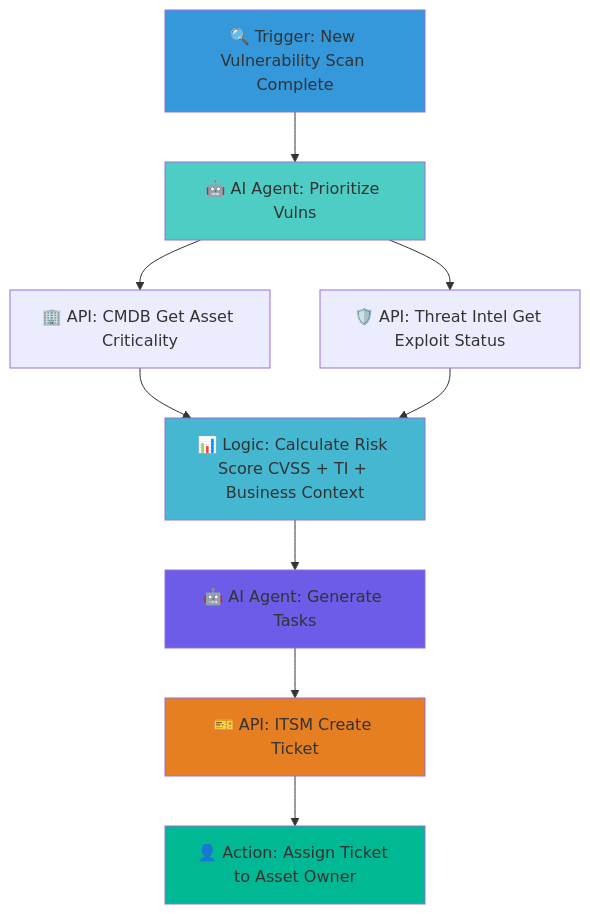
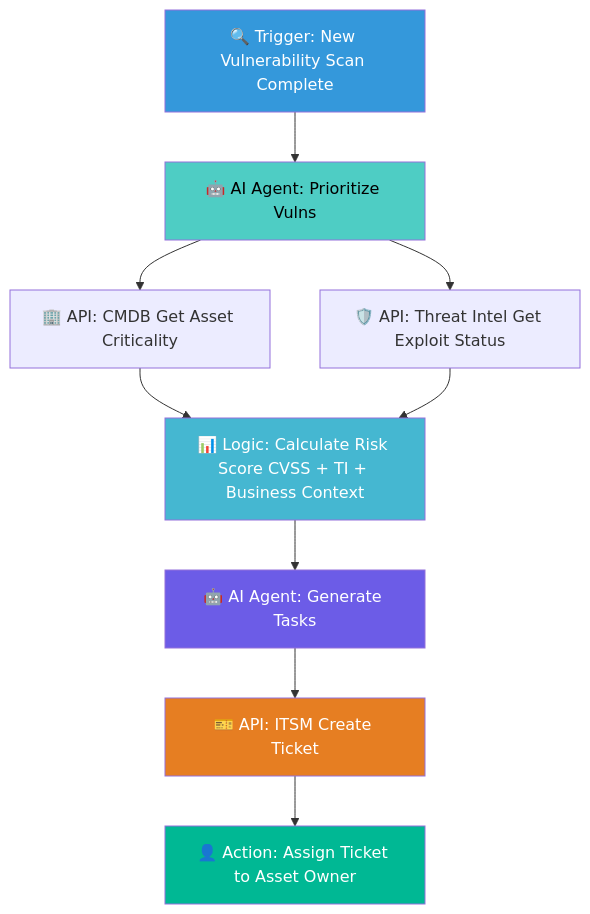
Before and after one commit to Ke0xes/AI4SecOps: the eighth of 10 diagrams in usecases.md, drawn with Mermaid. The commit also changed other lines of this file, not shown here.

````diff
--- a/usecases.md
+++ b/usecases.md
@@ -291,18 +291,18 @@
 ```mermaid
 graph TD
     A[🔍 Trigger: New Vulnerability Scan Complete] --> B[🤖 AI Agent: Prioritize Vulns]
     B --> C[🏢 API: CMDB Get Asset Criticality]
     B --> D[🛡️ API: Threat Intel Get Exploit Status]
     C --> E[📊 Logic: Calculate Risk Score CVSS + TI + Business Context]
     D --> E
     E --> F[🤖 AI Agent: Generate Tasks]
     F --> G[🎫 API: ITSM Create Ticket]
     G --> H[👤 Action: Assign Ticket to Asset Owner]
     
-    style A fill:#3498db
-    style B fill:#4ecdc4
-    style E fill:#45b7d1
-    style F fill:#6c5ce7
-    style G fill:#e67e22
-    style H fill:#00b894
+    style A fill:#3498db,color:#fff
+    style B fill:#4ecdc4,color:#000
+    style E fill:#45b7d1,color:#fff
+    style F fill:#6c5ce7,color:#fff
+    style G fill:#e67e22,color:#fff
+    style H fill:#00b894,color:#fff
 ```
````
